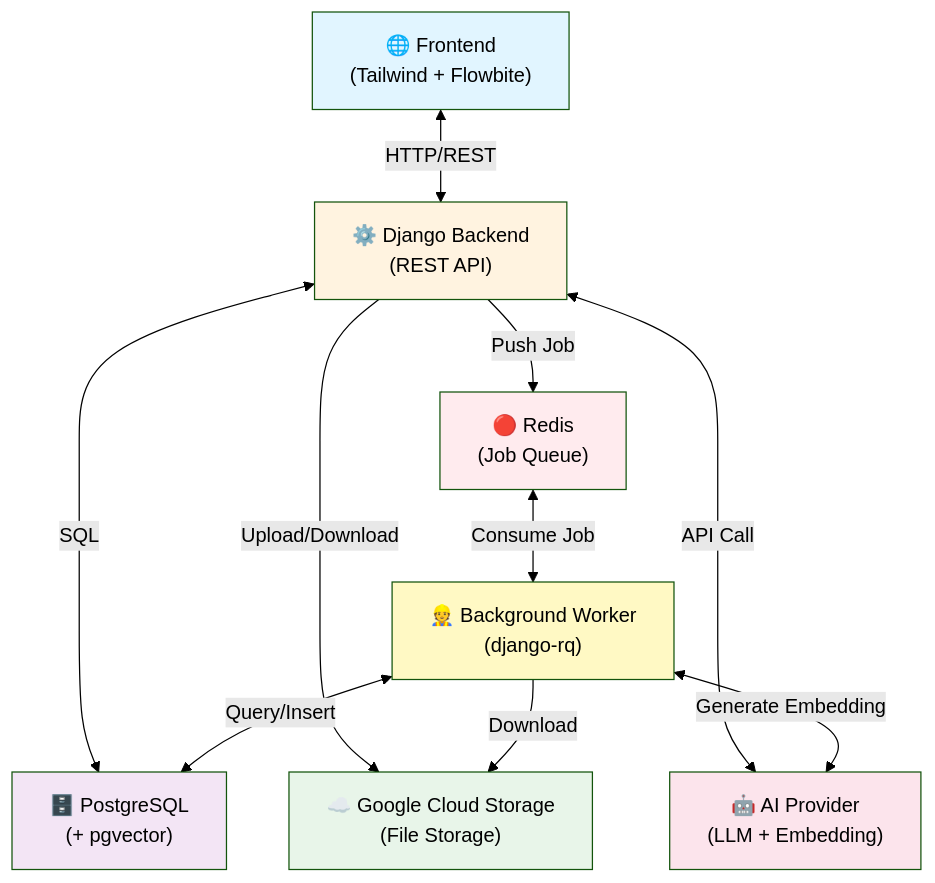
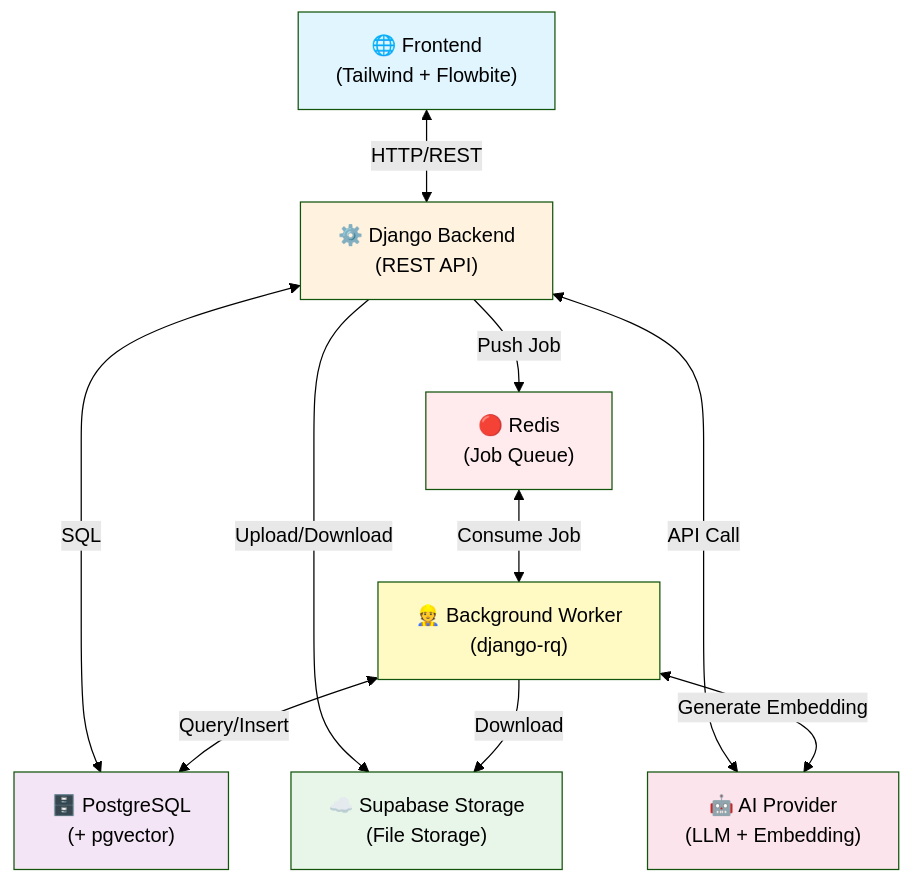
The first of 6 diagrams in Architecture.md (IbnuSabilGitHub/MythosNote), drawn with Mermaid (forest theme) before and after one commit. The commit also changed other lines of this file and 8 other files, not shown here.

Commit message:
feat(storage): migrasi dari GCS ke Supabase Storage

````diff
--- a/Architecture.md
+++ b/Architecture.md
@@ -30,28 +30,28 @@
 ```mermaid
 graph TB
     Browser["🌐 Frontend<br/>(Tailwind + Flowbite)"]
     Django["⚙️ Django Backend<br/>(REST API)"]
     PostgreSQL["🗄️ PostgreSQL<br/>(+ pgvector)"]
-    GCS["☁️ Google Cloud Storage<br/>(File Storage)"]
+    SupabaseStorage["☁️ Supabase Storage<br/>(File Storage)"]
     Redis["🔴 Redis<br/>(Job Queue)"]
     AIProvider["🤖 AI Provider<br/>(LLM + Embedding)"]
     Worker["👷 Background Worker<br/>(django-rq)"]
     
     Browser <-->|HTTP/REST| Django
     Django <-->|SQL| PostgreSQL
-    Django -->|Upload/Download| GCS
+    Django -->|Upload/Download| SupabaseStorage
     Django -->|Push Job| Redis
     Django <-->|API Call| AIProvider
     Redis <-->|Consume Job| Worker
-    Worker -->|Download| GCS
+    Worker -->|Download| SupabaseStorage
     Worker <-->|Query/Insert| PostgreSQL
     Worker <-->|Generate Embedding| AIProvider
     
     style Browser fill:#e1f5ff
     style Django fill:#fff3e0
     style PostgreSQL fill:#f3e5f5
-    style GCS fill:#e8f5e9
+    style SupabaseStorage fill:#e8f5e9
     style Redis fill:#ffebee
     style AIProvider fill:#fce4ec
     style Worker fill:#fff9c4
 ```
````
